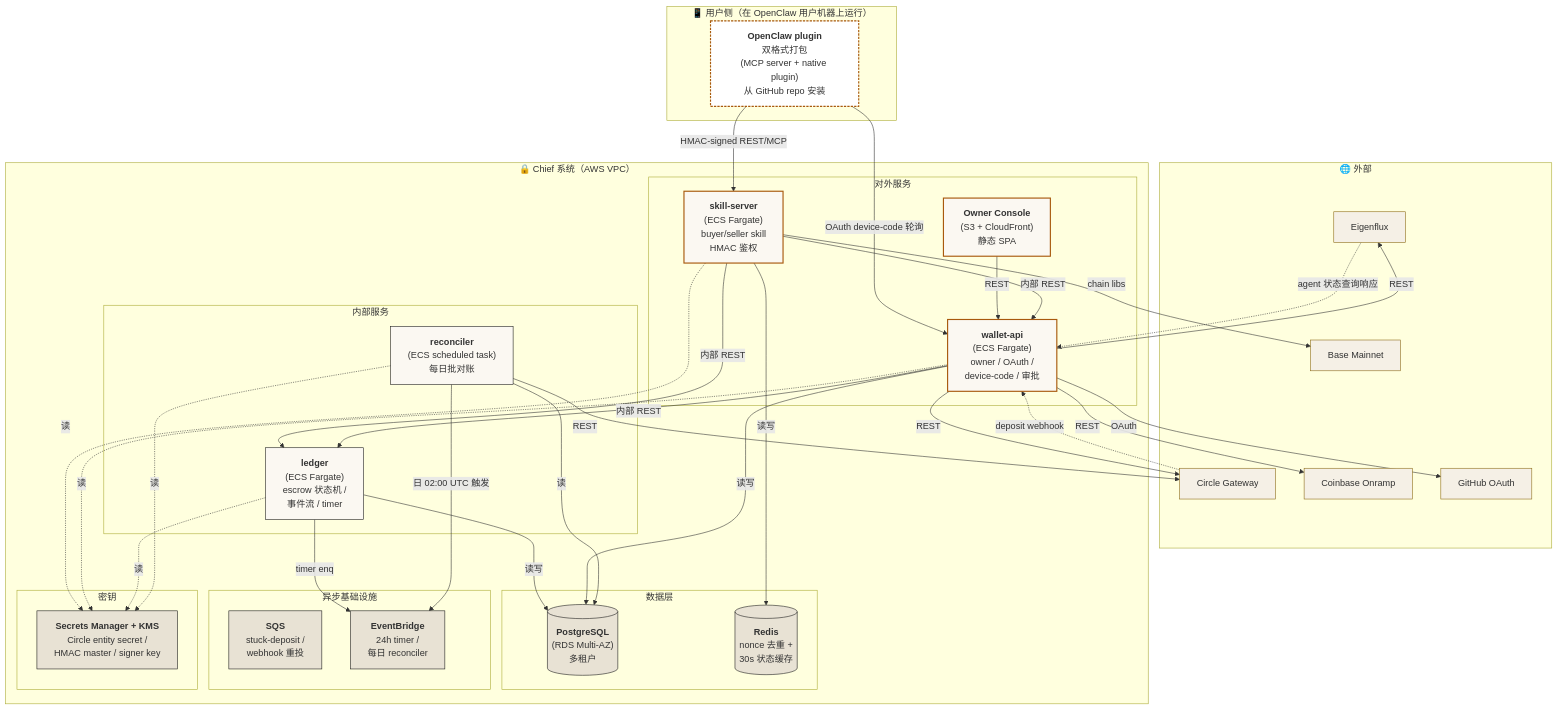
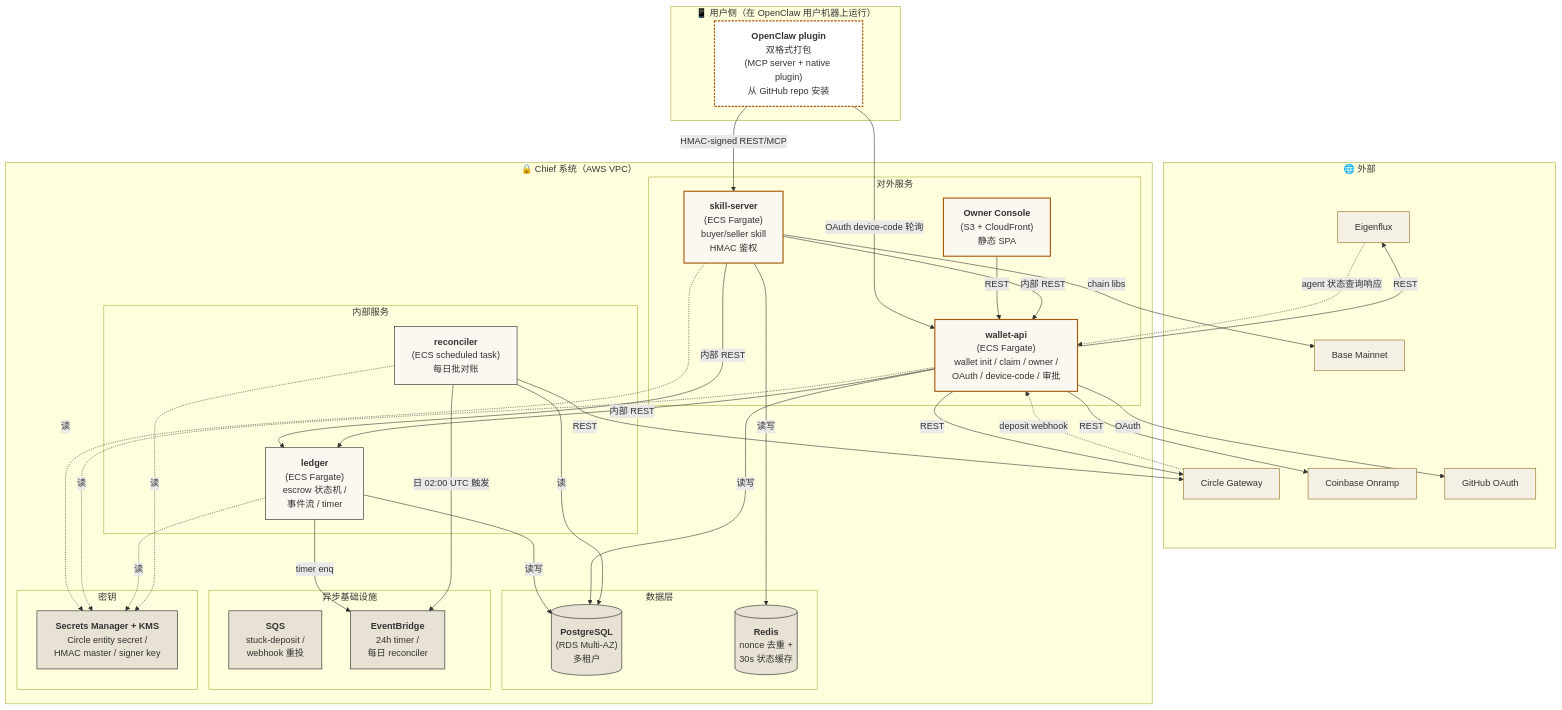
The diagram in docs/architecture/02-container.md (arthurxuwei/OntologyAgent), drawn with Mermaid before and after one commit. The commit also changed 7 other files, not shown here.

````diff
--- a/docs/architecture/02-container.md
+++ b/docs/architecture/02-container.md
@@ -11,81 +11,81 @@
 ```mermaid
 graph TB
     subgraph external["🌐 外部"]
         EFX["Eigenflux"]
         CIR["Circle Gateway"]
         CB["Coinbase Onramp"]
         BASE["Base Mainnet"]
         GH["GitHub OAuth"]
     end
 
     subgraph user_side["📱 用户侧（在 OpenClaw 用户机器上运行）"]
         Plugin["<b>OpenClaw plugin</b><br/>双格式打包<br/>(MCP server + native plugin)<br/>从 GitHub repo 安装"]
     end
 
     subgraph chief["🔒 Chief 系统（AWS VPC）"]
         subgraph public["对外服务"]
             SkillSrv["<b>skill-server</b><br/>(ECS Fargate)<br/>buyer/seller skill<br/>HMAC 鉴权"]
-            WalletAPI["<b>wallet-api</b><br/>(ECS Fargate)<br/>owner / OAuth /<br/>device-code / 审批"]
+            WalletAPI["<b>wallet-api</b><br/>(ECS Fargate)<br/>wallet init / claim / owner /<br/>OAuth / device-code / 审批"]
             Console["<b>Owner Console</b><br/>(S3 + CloudFront)<br/>静态 SPA"]
         end
 
         subgraph internal["内部服务"]
             Ledger["<b>ledger</b><br/>(ECS Fargate)<br/>escrow 状态机 /<br/>事件流 / timer"]
             Reconciler["<b>reconciler</b><br/>(ECS scheduled task)<br/>每日批对账"]
         end
 
         subgraph data["数据层"]
             PG[("<b>PostgreSQL</b><br/>(RDS Multi-AZ)<br/>多租户")]
             Redis[("<b>Redis</b><br/>nonce 去重 +<br/>30s 状态缓存")]
         end
 
         subgraph async["异步基础设施"]
             SQS["<b>SQS</b><br/>stuck-deposit /<br/>webhook 重投"]
             EB["<b>EventBridge</b><br/>24h timer /<br/>每日 reconciler"]
         end
 
         subgraph secrets["密钥"]
             SM["<b>Secrets Manager + KMS</b><br/>Circle entity secret /<br/>HMAC master / signer key"]
         end
     end
 
     Plugin -->|"HMAC-signed REST/MCP"| SkillSrv
     Plugin -->|"OAuth device-code 轮询"| WalletAPI
     Console -->|"REST"| WalletAPI
 
     SkillSrv -->|"内部 REST"| WalletAPI
     SkillSrv -->|"内部 REST"| Ledger
     SkillSrv -->|"chain libs"| BASE
     WalletAPI -->|"内部 REST"| Ledger
     WalletAPI -->|"REST"| EFX
     WalletAPI -->|"REST"| CIR
     WalletAPI -->|"REST"| CB
     WalletAPI -->|"OAuth"| GH
 
     Ledger -->|"读写"| PG
     WalletAPI -->|"读写"| PG
     SkillSrv -->|"读写"| Redis
     Ledger -->|"timer enq"| EB
     Reconciler -->|"读"| PG
     Reconciler -->|"REST"| CIR
     Reconciler -->|"日 02:00 UTC 触发"| EB
 
     SkillSrv -.读.-> SM
     WalletAPI -.读.-> SM
     Ledger -.读.-> SM
     Reconciler -.读.-> SM
 
     CIR -.->|"deposit webhook"| WalletAPI
     EFX -.->|"agent 状态查询响应"| WalletAPI
 
     classDef ext fill:#f5f0e6,stroke:#8B6914;
     classDef pub fill:#FBF8F2,stroke:#A8590D,stroke-width:2px;
     classDef int fill:#FBF8F2,stroke:#1A1A1A;
     classDef datastore fill:#e8e2d4,stroke:#1A1A1A;
     classDef plugin fill:#fff,stroke:#A8590D,stroke-width:2px,stroke-dasharray: 4 2;
     class EFX,CIR,CB,BASE,GH ext;
     class SkillSrv,WalletAPI,Console pub;
     class Ledger,Reconciler int;
     class PG,Redis,SQS,EB,SM datastore;
     class Plugin plugin;
 ```
````
